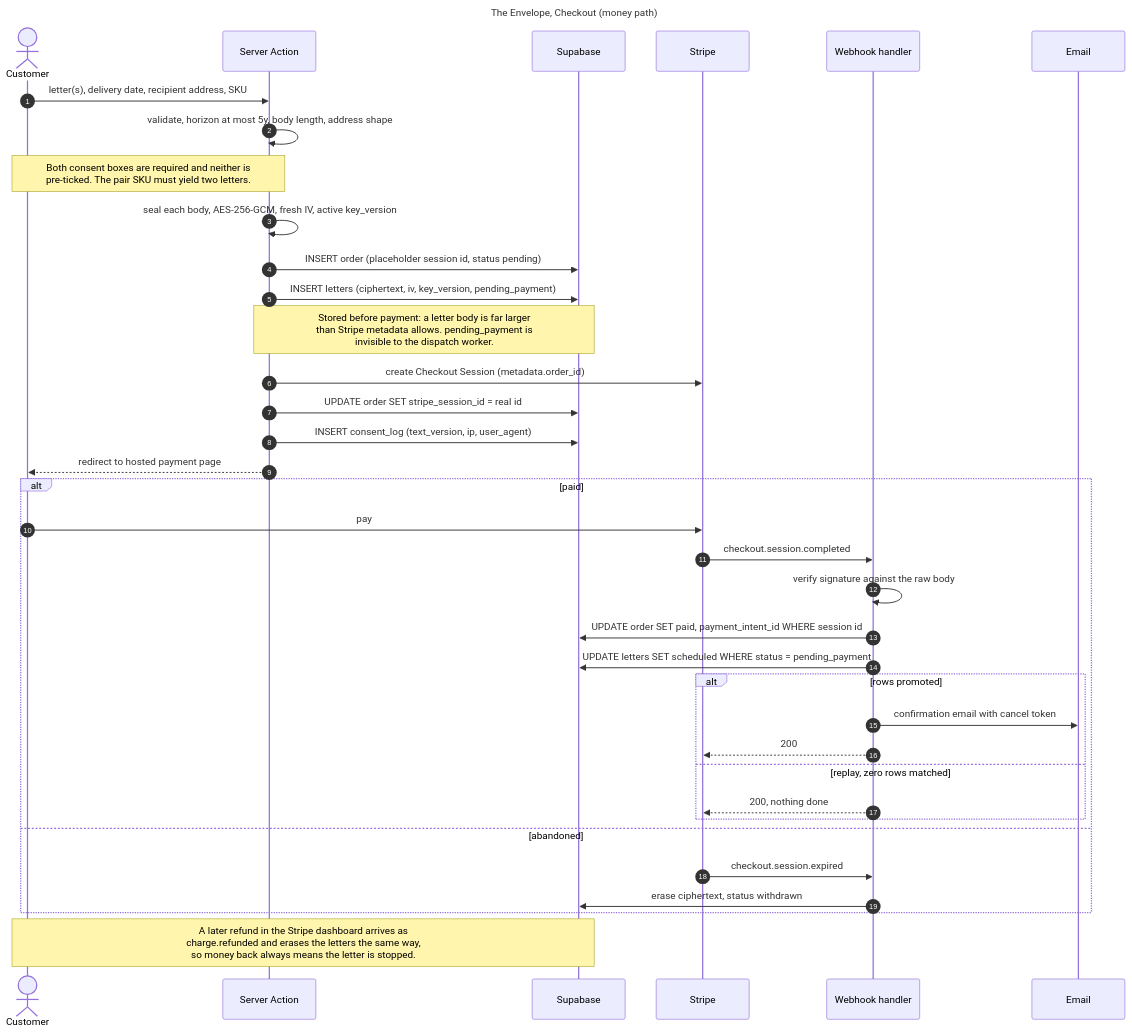
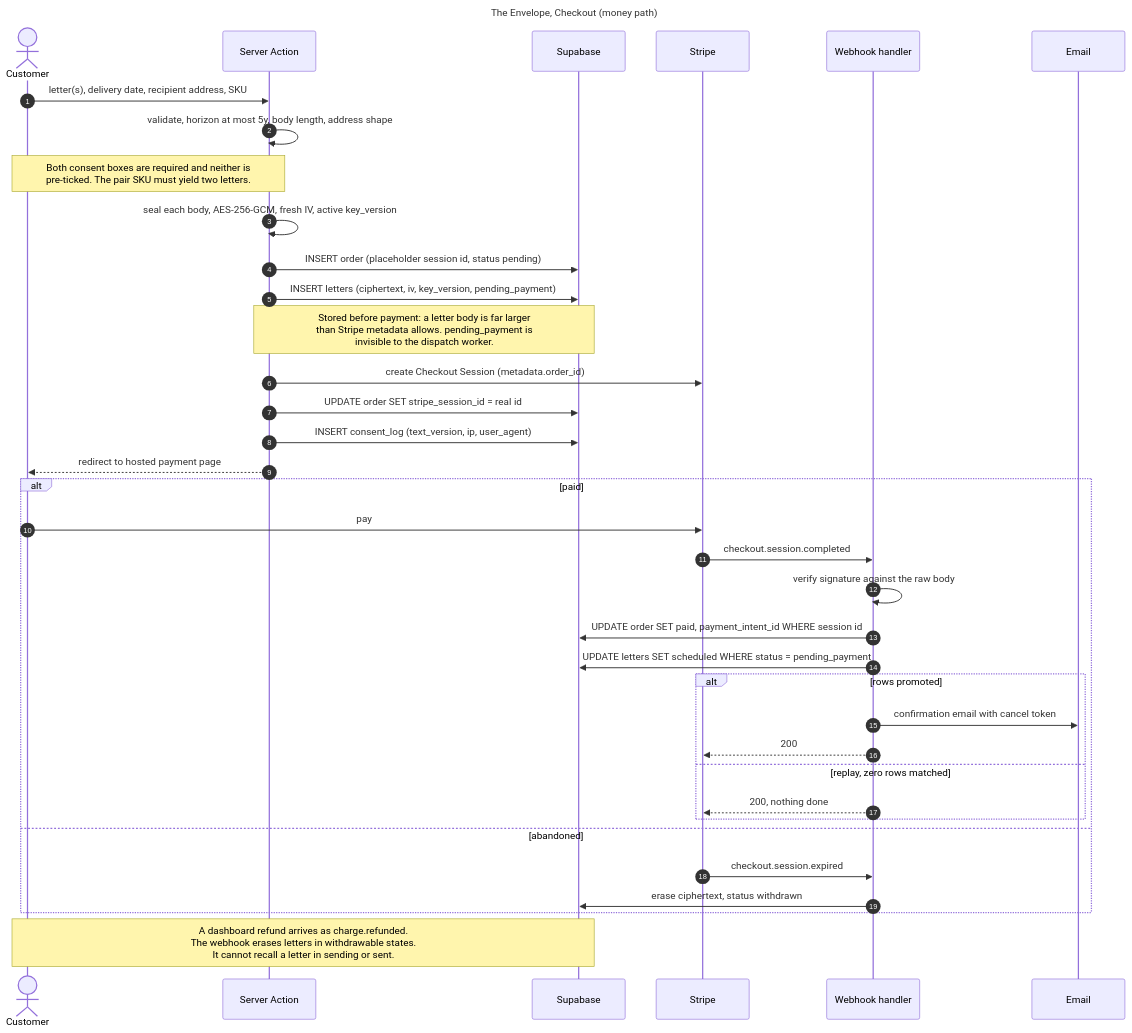
Before and after one commit to kandulanikhilvarma/the-envelope: the diagram in docs/architecture/02-checkout-sequence.mmd, drawn with Mermaid. The commit also changed 2 other files, not shown here.

Commit message:
docs: clarify setup and letter operations
- Rewrite the README in plain technical English.
- Correct the data model, status flow and operator guidance.

```diff
--- a/docs/architecture/02-checkout-sequence.mmd
+++ b/docs/architecture/02-checkout-sequence.mmd
@@ -1,44 +1,44 @@
 ---
 title: The Envelope, Checkout (money path)
 ---
 sequenceDiagram
     autonumber
     actor U as Customer
     participant A as Server Action
     participant DB as Supabase
     participant S as Stripe
     participant W as Webhook handler
     participant M as Email
 
     U->>A: letter(s), delivery date, recipient address, SKU
     A->>A: validate, horizon at most 5y, body length, address shape
     Note over A,U: Both consent boxes are required and neither is<br/>pre-ticked. The pair SKU must yield two letters.
 
     A->>A: seal each body, AES-256-GCM, fresh IV, active key_version
     A->>DB: INSERT order (placeholder session id, status pending)
     A->>DB: INSERT letters (ciphertext, iv, key_version, pending_payment)
     Note over A,DB: Stored before payment: a letter body is far larger<br/>than Stripe metadata allows. pending_payment is<br/>invisible to the dispatch worker.
 
     A->>S: create Checkout Session (metadata.order_id)
     A->>DB: UPDATE order SET stripe_session_id = real id
     A->>DB: INSERT consent_log (text_version, ip, user_agent)
     A-->>U: redirect to hosted payment page
 
     alt paid
         U->>S: pay
         S->>W: checkout.session.completed
         W->>W: verify signature against the raw body
         W->>DB: UPDATE order SET paid, payment_intent_id WHERE session id
         W->>DB: UPDATE letters SET scheduled WHERE status = pending_payment
         alt rows promoted
             W->>M: confirmation email with cancel token
             W-->>S: 200
         else replay, zero rows matched
             W-->>S: 200, nothing done
         end
     else abandoned
         S->>W: checkout.session.expired
         W->>DB: erase ciphertext, status withdrawn
     end
 
-    Note over U,DB: A later refund in the Stripe dashboard arrives as<br/>charge.refunded and erases the letters the same way,<br/>so money back always means the letter is stopped.
+    Note over U,DB: A dashboard refund arrives as charge.refunded.<br/>The webhook erases letters in withdrawable states.<br/>It cannot recall a letter in sending or sent.
```
